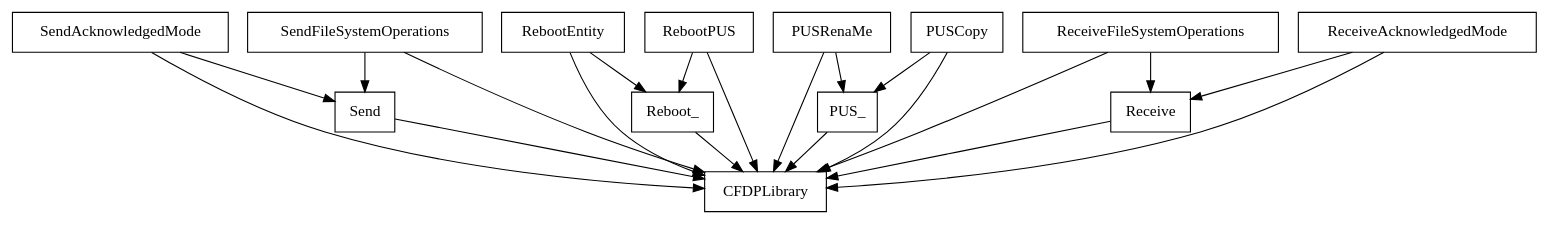
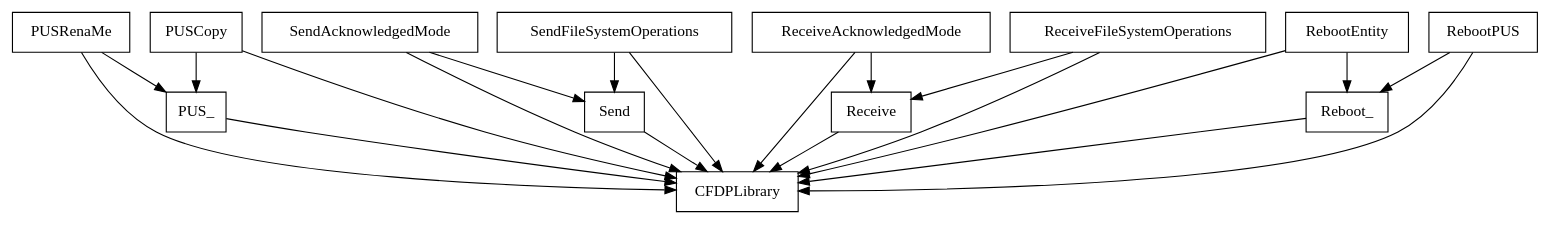
One commit to FAMILIAR-project/familiar-language changed the diagram in FAMILIAR/output/SPLOT-big/fm_8_model_20090801_1908323193.xml.dot. Above: the diagram before and after it, drawn with Graphviz. The commit also changed 36 other files, not shown here.

```diff
--- a/FAMILIAR/output/SPLOT-big/fm_8_model_20090801_1908323193.xml.dot
+++ b/FAMILIAR/output/SPLOT-big/fm_8_model_20090801_1908323193.xml.dot
@@ -1,38 +1,38 @@
 digraph{
 graph [rankdir=TB];
 node [shape=box];
 edge [arrowhead=normal];
-0[label="RebootEntity",]
-1[label="Send",]
-2[label="Reboot_",]
-3[label="SendAcknowledgedMode",]
-4[label="PUSRenaMe",]
-5[label="PUS_",]
-6[label="RebootPUS",]
-7[label="ReceiveFileSystemOperations",]
-8[label="SendFileSystemOperations",]
-9[label="CFDPLibrary",]
-10[label="Receive",]
-11[label="ReceiveAcknowledgedMode",]
+0[label="Send",]
+1[label="PUSRenaMe",]
+2[label="SendAcknowledgedMode",]
+3[label="SendFileSystemOperations",]
+4[label="Receive",]
+5[label="ReceiveAcknowledgedMode",]
+6[label="RebootEntity",]
+7[label="Reboot_",]
+8[label="PUS_",]
+9[label="RebootPUS",]
+10[label="ReceiveFileSystemOperations",]
+11[label="CFDPLibrary",]
 12[label="PUSCopy",]
-0->2[label="",]
-0->9[label="",]
-1->9[label="",]
-2->9[label="",]
-3->1[label="",]
-3->9[label="",]
-4->5[label="",]
-4->9[label="",]
-5->9[label="",]
-6->2[label="",]
-6->9[label="",]
-7->9[label="",]
-7->10[label="",]
-8->1[label="",]
-8->9[label="",]
-10->9[label="",]
-11->9[label="",]
-11->10[label="",]
-12->5[label="",]
-12->9[label="",]
+0->11[label="",]
+1->8[label="",]
+1->11[label="",]
+2->0[label="",]
+2->11[label="",]
+3->0[label="",]
+3->11[label="",]
+4->11[label="",]
+5->4[label="",]
+5->11[label="",]
+6->7[label="",]
+6->11[label="",]
+7->11[label="",]
+8->11[label="",]
+9->7[label="",]
+9->11[label="",]
+10->4[label="",]
+10->11[label="",]
+12->8[label="",]
+12->11[label="",]
 }
```
